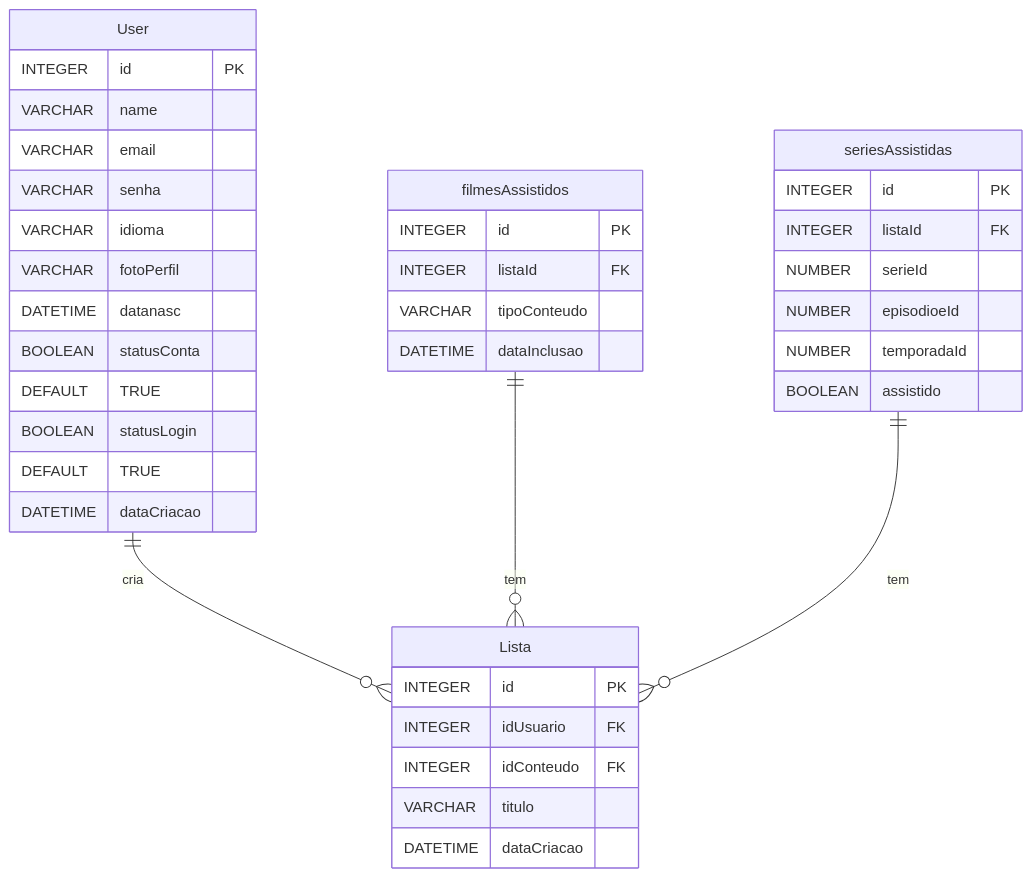
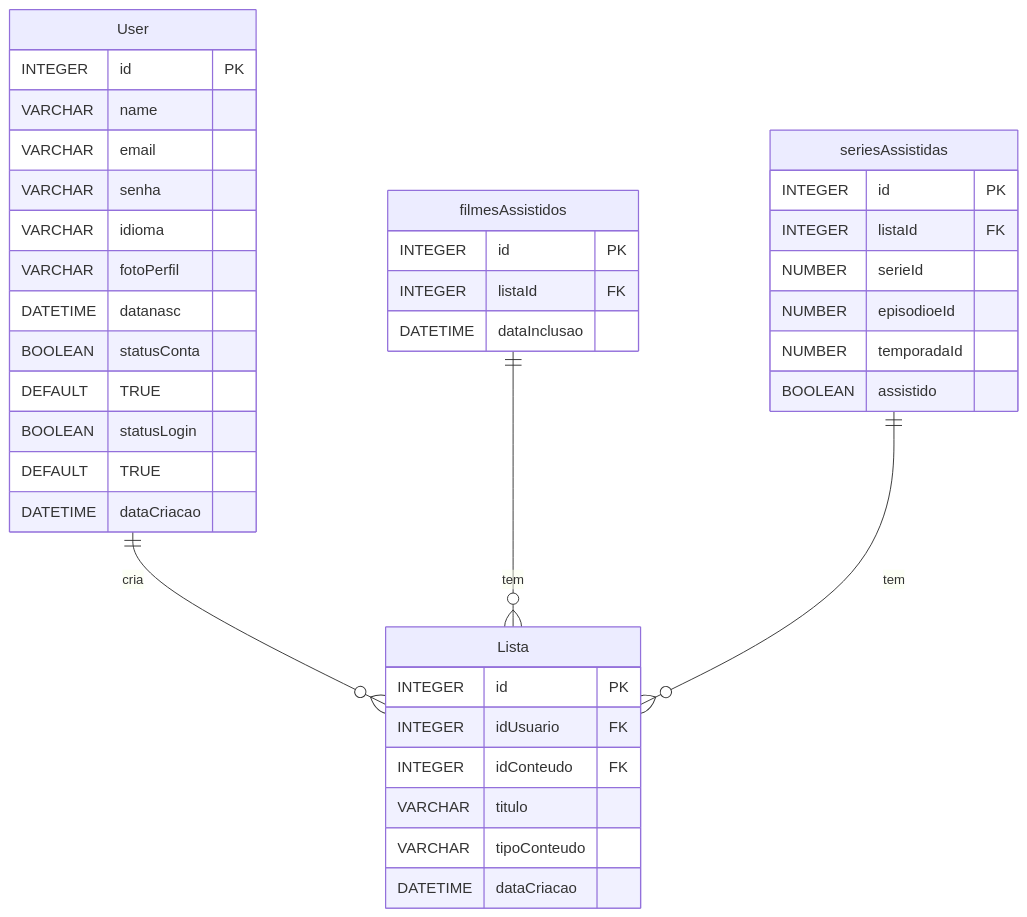
The diagram in README.md (pedro-schabarum/WatchList), drawn with Mermaid before and after one commit. The commit also changed other lines of this file and 1 other file, not shown here.

````diff
--- a/README.md
+++ b/README.md
@@ -25,45 +25,45 @@
 ```mermaid
 erDiagram
     User {
         INTEGER id PK
         VARCHAR name
         VARCHAR email
         VARCHAR senha
         VARCHAR idioma
         VARCHAR fotoPerfil
         DATETIME datanasc
         BOOLEAN statusConta DEFAULT TRUE
         BOOLEAN statusLogin DEFAULT TRUE
         DATETIME dataCriacao
     }
 
     filmesAssistidos {
         INTEGER id PK
         INTEGER listaId FK
-        VARCHAR tipoConteudo
         DATETIME dataInclusao
     }
 
     seriesAssistidas {
         INTEGER id PK
         INTEGER listaId FK
         NUMBER serieId
         NUMBER episodioeId
         NUMBER temporadaId
         BOOLEAN assistido
     }
 
     Lista {
         INTEGER id PK
         INTEGER idUsuario FK
         INTEGER idConteudo FK
         VARCHAR titulo
+        VARCHAR tipoConteudo
         DATETIME dataCriacao
     }
 
     User ||--o{ Lista: "cria"
     filmesAssistidos ||--o{ Lista: "tem"
     seriesAssistidas ||--o{ Lista: "tem"
 
 
 ```
````
